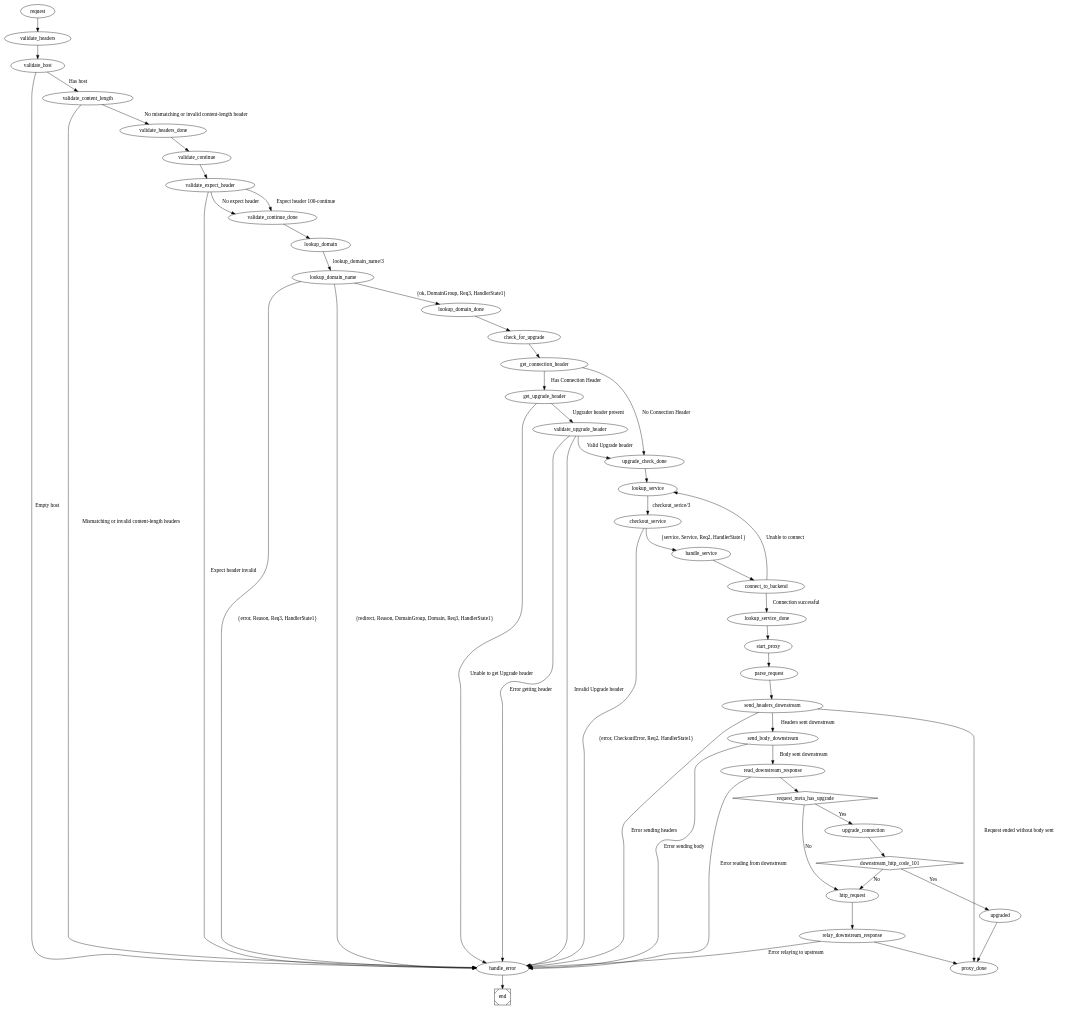
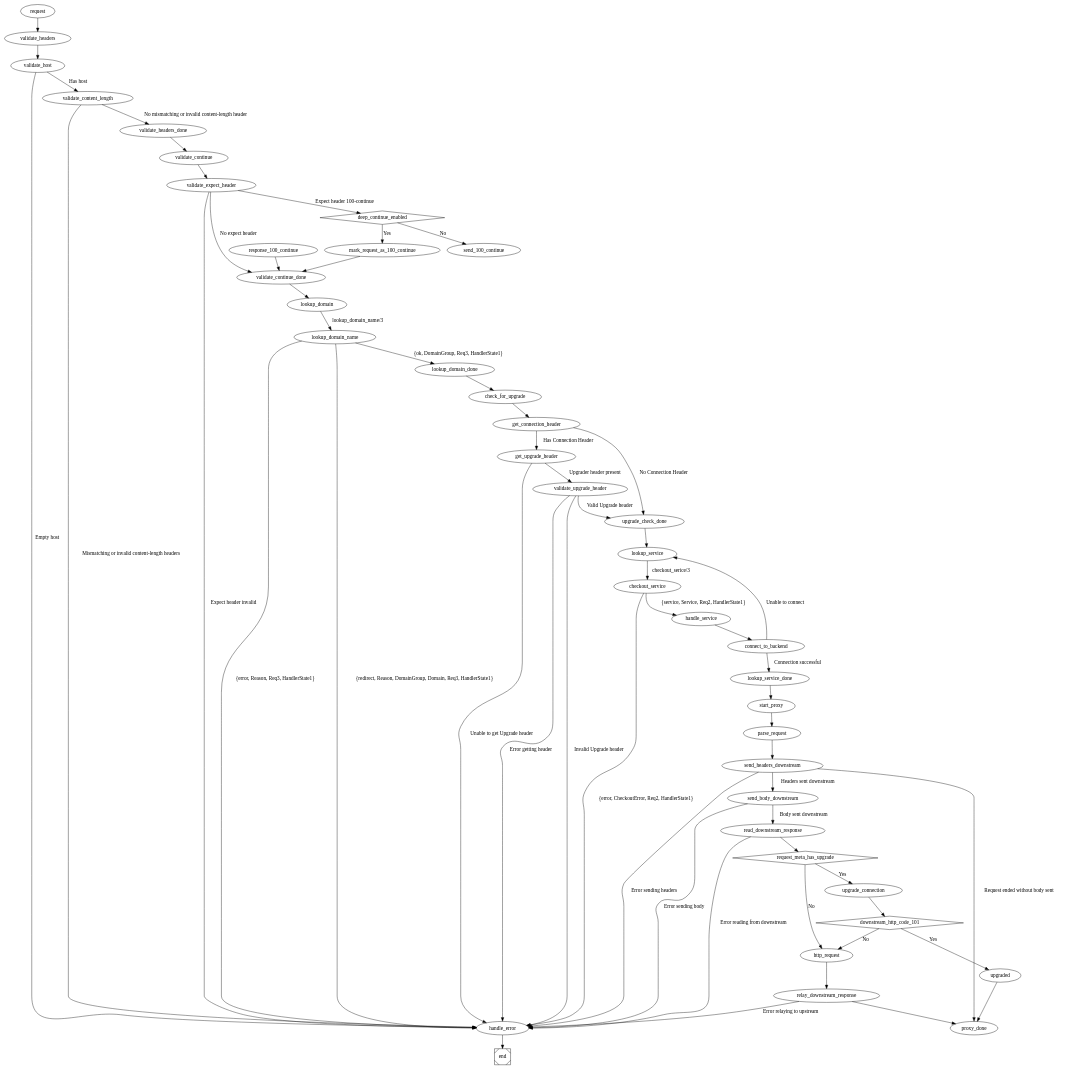
One commit to heroku/vegur changed the diagram in doc/vegur_flow.dot. Above: the diagram before and after it, drawn with Graphviz.

Commit message:
Updated continue.

```diff
--- a/doc/vegur_flow.dot
+++ b/doc/vegur_flow.dot
@@ -1,86 +1,91 @@
 digraph {
         request;
         end [shape=Msquare];
         handle_error -> end;
 
         subgraph vegur_validate_headers {
                 request -> validate_headers;
                 validate_headers -> validate_host;
                 validate_host -> handle_error [label="Empty host"];
                 validate_host -> validate_content_length [label="Has host"];
                 validate_content_length -> handle_error [label="Mismatching or invalid content-length headers"];
                 validate_content_length -> validate_headers_done [label="No mismatching or invalid content-length header"];
                 validate_headers_done -> validate_continue;
         }
 
         subgraph vegur_continue_middleware {
+                deep_continue_enabled [shape=diamond];
                 validate_continue -> validate_expect_header;
                 validate_expect_header -> handle_error [label="Expect header invalid"];
                 validate_expect_header -> validate_continue_done [label="No expect header"];
-                validate_expect_header -> validate_continue_done [label="Expect header 100-continue"];                
+                validate_expect_header -> deep_continue_enabled [label="Expect header 100-continue"];
+                deep_continue_enabled -> send_100_continue [label="No"];
+                response_100_continue -> validate_continue_done;
+                deep_continue_enabled -> mark_request_as_100_continue [label="Yes"];
+                mark_request_as_100_continue -> validate_continue_done;
                 validate_continue_done -> lookup_domain;
         }
 
         subgraph vegur_lookup_domain_middleware {
                 lookup_domain -> lookup_domain_name [label="lookup_domain_name/3"];
                 lookup_domain_name -> handle_error [label="{error, Reason, Req3, HandlerState1}"];
                 lookup_domain_name -> handle_error [label="{redirect, Reason, DomainGroup, Domain, Req3, HandlerState1}"];
                 lookup_domain_name -> lookup_domain_done [label="{ok, DomainGroup, Req3, HandlerState1}"];
                 lookup_domain_done -> check_for_upgrade;
         }
 
         subgraph vegur_upgrade_middleware {
                 check_for_upgrade -> get_connection_header;
                 
                 get_connection_header -> get_upgrade_header [label="Has Connection Header"];
                 get_connection_header -> upgrade_check_done [label="No Connection Header"];
                 
                 get_upgrade_header -> handle_error [label="Unable to get Upgrade header"];
                 get_upgrade_header -> validate_upgrade_header [label="Upgrader header present"];
                 
                 validate_upgrade_header -> upgrade_check_done [label="Valid Upgrade header"];
                 validate_upgrade_header -> handle_error [label="Error getting header"];
                 validate_upgrade_header -> handle_error [label="Invalid Upgrade header"];
 
                 upgrade_check_done -> lookup_service;
         }
 
         subgraph vegur_lookup_service_middleware {
                 lookup_service -> checkout_service [label="checkout_serice/3"];
                 checkout_service -> handle_service [label="{service, Service, Req2, HandlerState1}"];
                 checkout_service -> handle_error [label="{error, CheckoutError, Req2, HandlerState1}"];
                 handle_service -> connect_to_backend;
                 connect_to_backend -> lookup_service [label="Unable to connect"];
                 connect_to_backend -> lookup_service_done [label="Connection successful"];
                 lookup_service_done -> start_proxy;
         }
 
         subgraph vegur_proxy_middleware {
                 start_proxy -> parse_request -> send_headers_downstream;
                 
                 send_headers_downstream -> handle_error [label="Error sending headers"];
                 send_headers_downstream -> proxy_done [label="Request ended without body sent"];
                 send_headers_downstream -> send_body_downstream [label="Headers sent downstream"];
                 
                 send_body_downstream -> handle_error [label="Error sending body"];
                 send_body_downstream -> read_downstream_response [label="Body sent downstream"];
                 
                 read_downstream_response -> handle_error [label="Error reading from downstream"];
                 read_downstream_response -> request_meta_has_upgrade;
                 
                 # Upgrade
                 request_meta_has_upgrade [shape=diamond];
                 request_meta_has_upgrade -> upgrade_connection [label="Yes"];
                 upgrade_connection -> downstream_http_code_101;
                 downstream_http_code_101 [shape=diamond];
                 downstream_http_code_101 -> upgraded [label="Yes"];
                 upgraded -> proxy_done;
                 downstream_http_code_101 -> http_request [label="No"];
                 
                 # HTTP request
                 request_meta_has_upgrade -> http_request [label="No"];
                 http_request -> relay_downstream_response;
                 relay_downstream_response -> handle_error [label="Error relaying to upstream"];
                 relay_downstream_response -> proxy_done;
         }
 }
```
